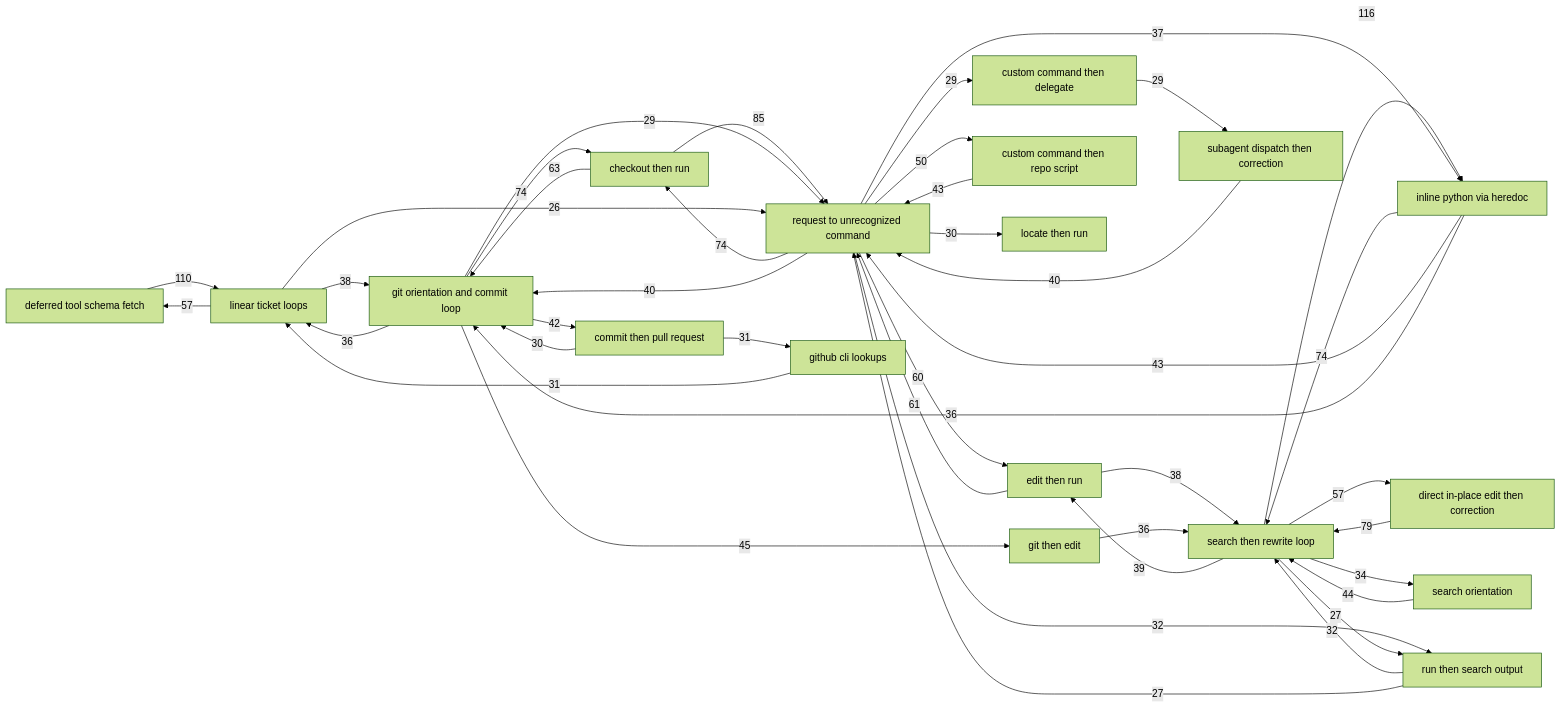
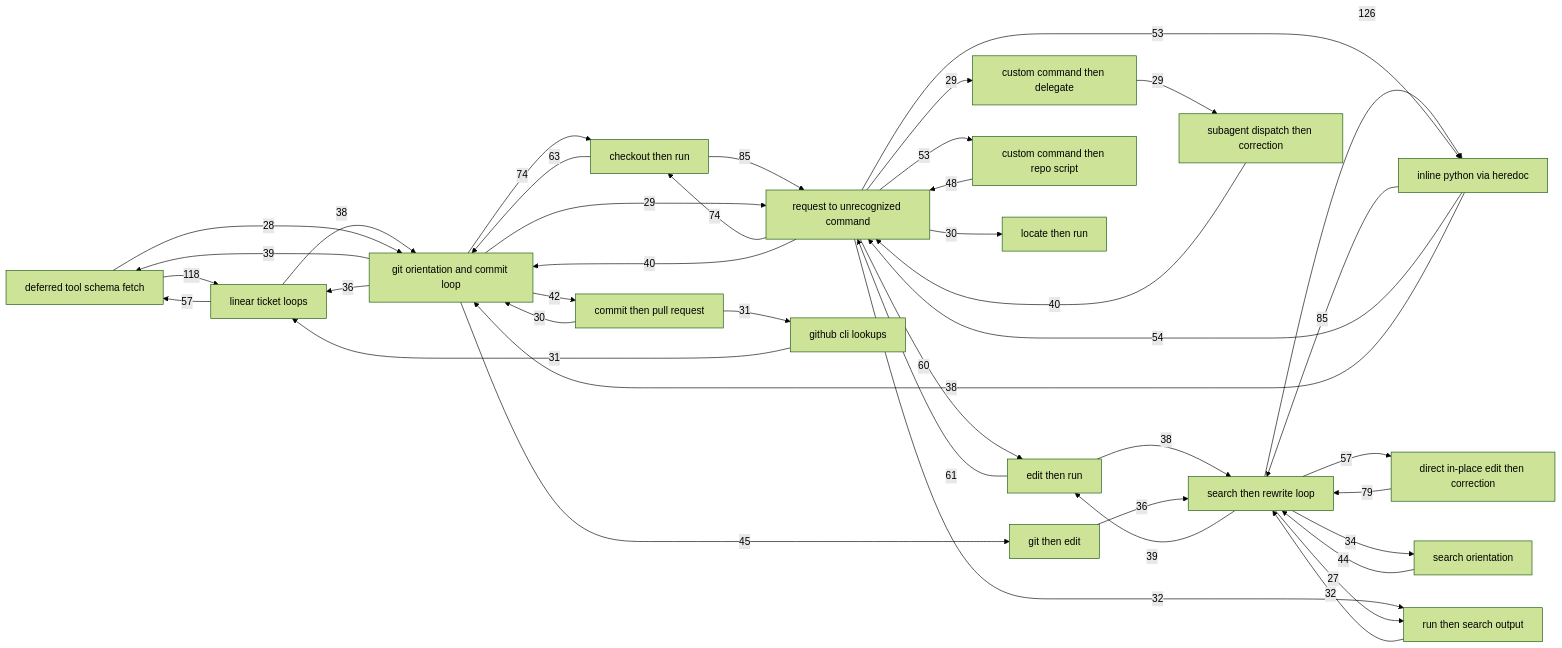
The diagram in candidates.md (aidanff/comb), drawn with Mermaid (forest theme) before and after one commit. The commit also changed other lines of this file and 2 other files, not shown here.

````diff
--- a/candidates.md
+++ b/candidates.md
@@ -284,61 +269,61 @@
 ```mermaid
 graph LR
   N001["deferred tool schema fetch"]
   N002["request to unrecognized command"]
   N003["git orientation and commit loop"]
   N004["linear ticket loops"]
   N006["inline python via heredoc"]
   N007["search then rewrite loop"]
   N009["checkout then run"]
   N010["direct in-place edit then correction"]
   N011["subagent dispatch then correction"]
   N012["search orientation"]
   N014["edit then run"]
   N015["github cli lookups"]
   N016["run then search output"]
   N017["git then edit"]
   N019["commit then pull request"]
   N020["custom command then repo script"]
   N022["locate then run"]
   N029["custom command then delegate"]
-  N007 -->|116| N006
-  N001 -->|110| N004
+  N007 -->|126| N006
+  N001 -->|118| N004
+  N006 -->|85| N007
   N009 -->|85| N002
   N010 -->|79| N007
   N002 -->|74| N009
   N003 -->|74| N009
-  N006 -->|74| N007
   N009 -->|63| N003
   N014 -->|61| N002
   N002 -->|60| N014
   N004 -->|57| N001
   N007 -->|57| N010
-  N002 -->|50| N020
+  N006 -->|54| N002
+  N002 -->|53| N006
+  N002 -->|53| N020
+  N020 -->|48| N002
   N003 -->|45| N017
   N012 -->|44| N007
-  N006 -->|43| N002
-  N020 -->|43| N002
   N003 -->|42| N019
   N002 -->|40| N003
   N011 -->|40| N002
+  N003 -->|39| N001
   N007 -->|39| N014
   N004 -->|38| N003
+  N006 -->|38| N003
   N014 -->|38| N007
-  N002 -->|37| N006
   N003 -->|36| N004
-  N006 -->|36| N003
   N017 -->|36| N007
   N007 -->|34| N012
   N002 -->|32| N016
   N016 -->|32| N007
   N015 -->|31| N004
   N019 -->|31| N015
   N002 -->|30| N022
   N019 -->|30| N003
   N002 -->|29| N029
   N003 -->|29| N002
   N029 -->|29| N011
+  N001 -->|28| N003
   N007 -->|27| N016
-  N016 -->|27| N002
-  N004 -->|26| N002
 ```
````
